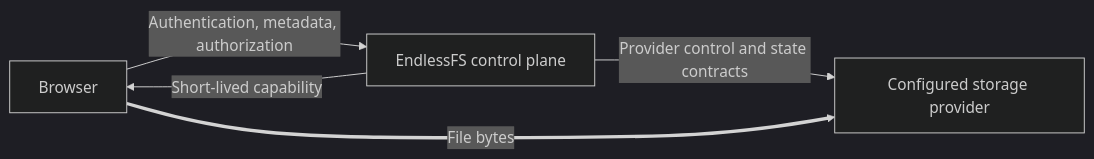
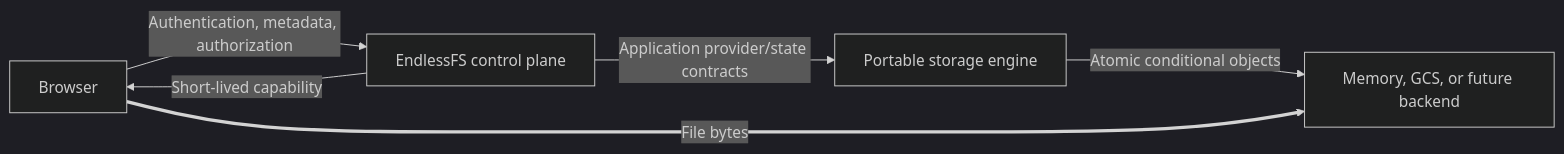
Before and after one commit to applyinnovations/EndlessFS: the diagram in README.md, drawn with Mermaid (dark theme). The commit also changed other lines of this file and 6 other files, not shown here.

Commit message:
docs: record portable GCS qualification

````diff
--- a/README.md
+++ b/README.md
@@ -23,7 +24,8 @@
 ```mermaid
 flowchart LR
     B["Browser"] -->|"Authentication, metadata, authorization"| C["EndlessFS control plane"]
-    C -->|"Provider control and state contracts"| P["Configured storage provider"]
+    C -->|"Application provider/state contracts"| E["Portable storage engine"]
+    E -->|"Atomic conditional objects"| P["Memory, GCS, or future backend"]
     C -->|"Short-lived capability"| B
     B ==>|"File bytes"| P
 ```
````
